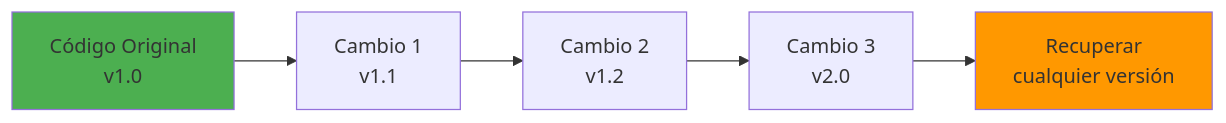
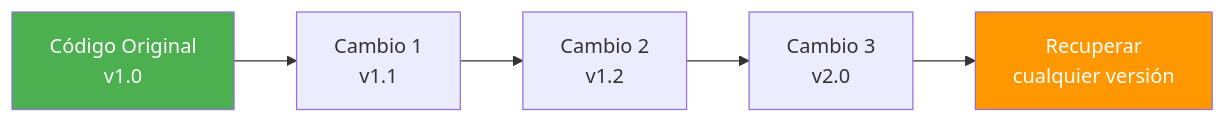
Before and after one commit to joseluisgs/DesarrolloWebEntornosServidor-01-2026-2027: the first of 10 diagrams in csharp_inicial/01-ControlVersiones.md, drawn with Mermaid. The commit also changed other lines of this file and 66 other files, not shown here.

First line of the commit message:
fix: normalizar titulos al castellano de frase y corregir la paleta de mermaid

````diff
--- a/csharp_inicial/01-ControlVersiones.md
+++ b/csharp_inicial/01-ControlVersiones.md
@@ -34,10 +34,10 @@
 ```mermaid
 graph LR
     A["Código Original<br/>v1.0"] --> B["Cambio 1<br/>v1.1"]
     B --> C["Cambio 2<br/>v1.2"]
     C --> D["Cambio 3<br/>v2.0"]
     D --> E["Recuperar<br/>cualquier versión"]
     
-    style A fill:#4CAF50
-    style E fill:#FF9800
+    style A fill:#4CAF50,color:#fff
+    style E fill:#FF9800,color:#fff
 ```
````
